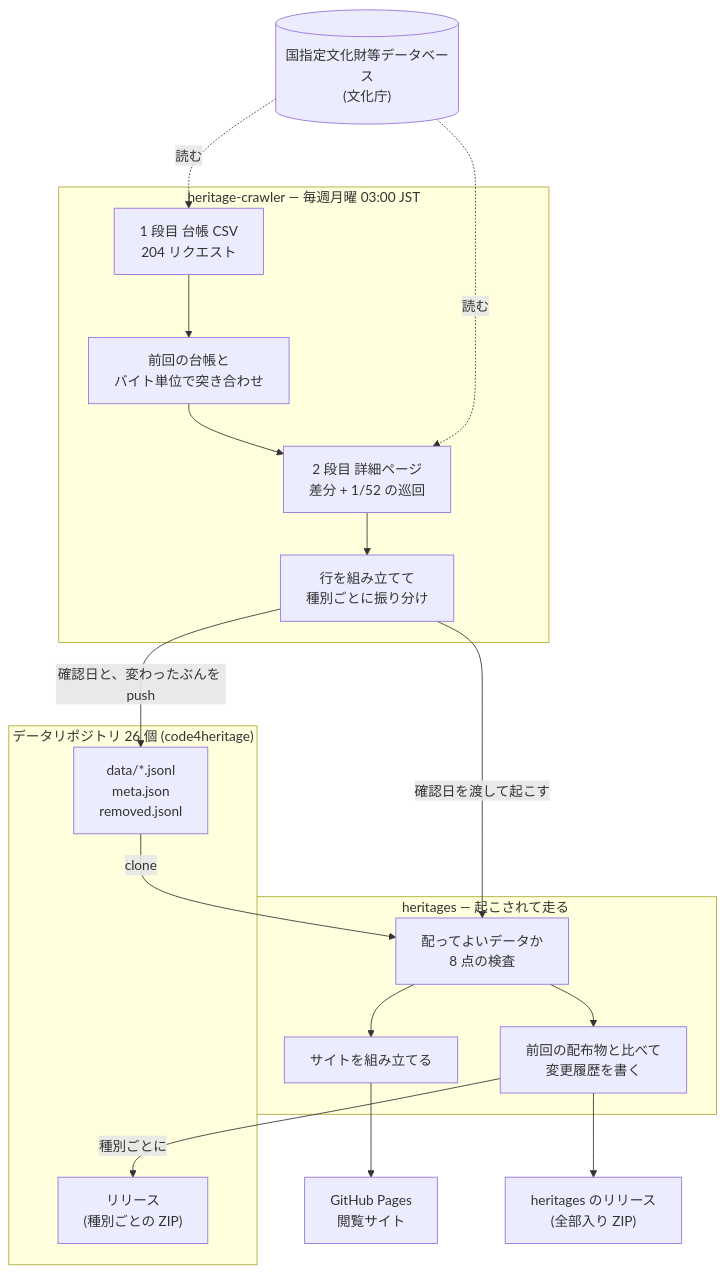
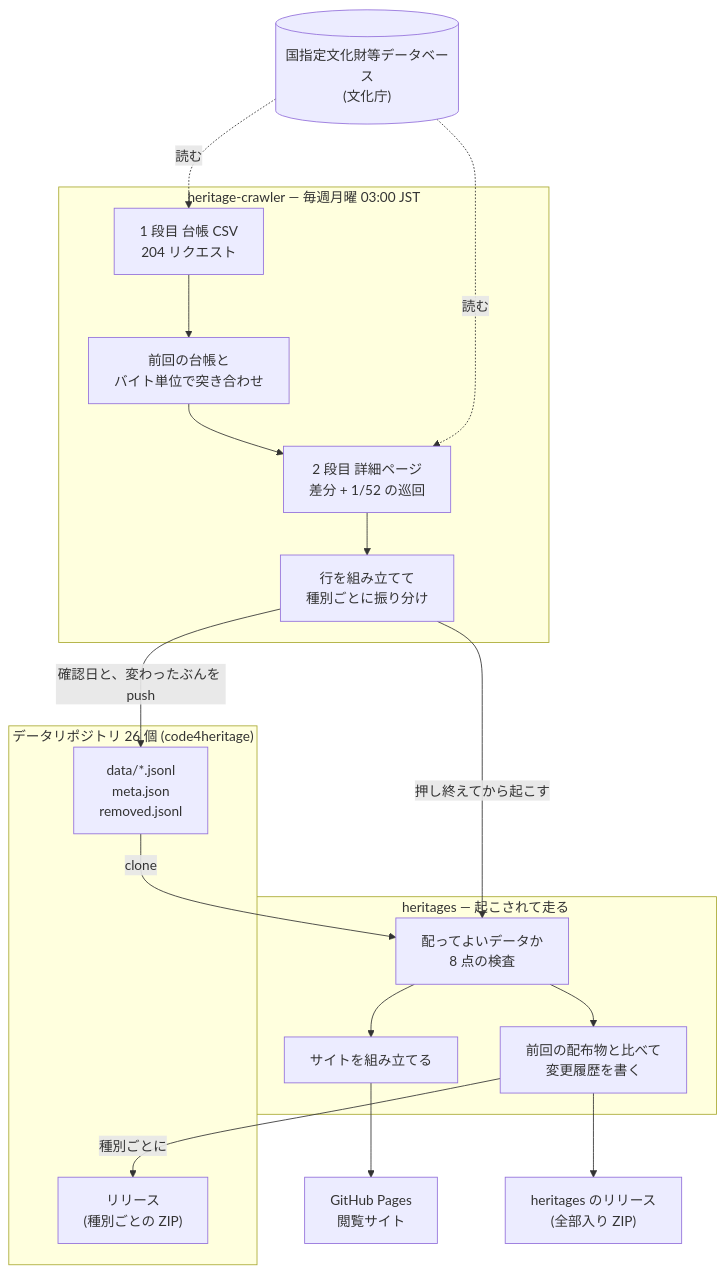
The diagram in docs/pipeline.md (shinyaoguri/heritage-crawler), drawn with Mermaid before and after one commit. The commit also changed other lines of this file and 4 other files, not shown here.

````diff
--- a/docs/pipeline.md
+++ b/docs/pipeline.md
@@ -39,37 +39,37 @@
 ```mermaid
 flowchart TD
     DB[("国指定文化財等データベース<br/>(文化庁)")]
 
     subgraph CR["heritage-crawler — 毎週月曜 03:00 JST"]
         L["1 段目 台帳 CSV<br/>204 リクエスト"]
         D["前回の台帳と<br/>バイト単位で突き合わせ"]
         F["2 段目 詳細ページ<br/>差分 + 1/52 の巡回"]
         B["行を組み立てて<br/>種別ごとに振り分け"]
         L --> D --> F --> B
     end
 
     subgraph DR["データリポジトリ 26 個 (code4heritage)"]
         J["data/*.jsonl<br/>meta.json<br/>removed.jsonl"]
         RZ["リリース<br/>(種別ごとの ZIP)"]
     end
 
     subgraph HS["heritages — 起こされて走る"]
         C["配ってよいデータか<br/>8 点の検査"]
         P["サイトを組み立てる"]
         A["前回の配布物と比べて<br/>変更履歴を書く"]
         C --> P
         C --> A
     end
 
     PG["GitHub Pages<br/>閲覧サイト"]
     AZ["heritages のリリース<br/>(全部入り ZIP)"]
 
     DB -.->|"読む"| L
     DB -.->|"読む"| F
     B -->|"確認日と、変わったぶんを push"| J
-    B -->|"確認日を渡して起こす"| C
+    B -->|"押し終えてから起こす"| C
     J -->|"clone"| C
     P --> PG
     A --> AZ
     A -->|"種別ごとに"| RZ
 ```
````
